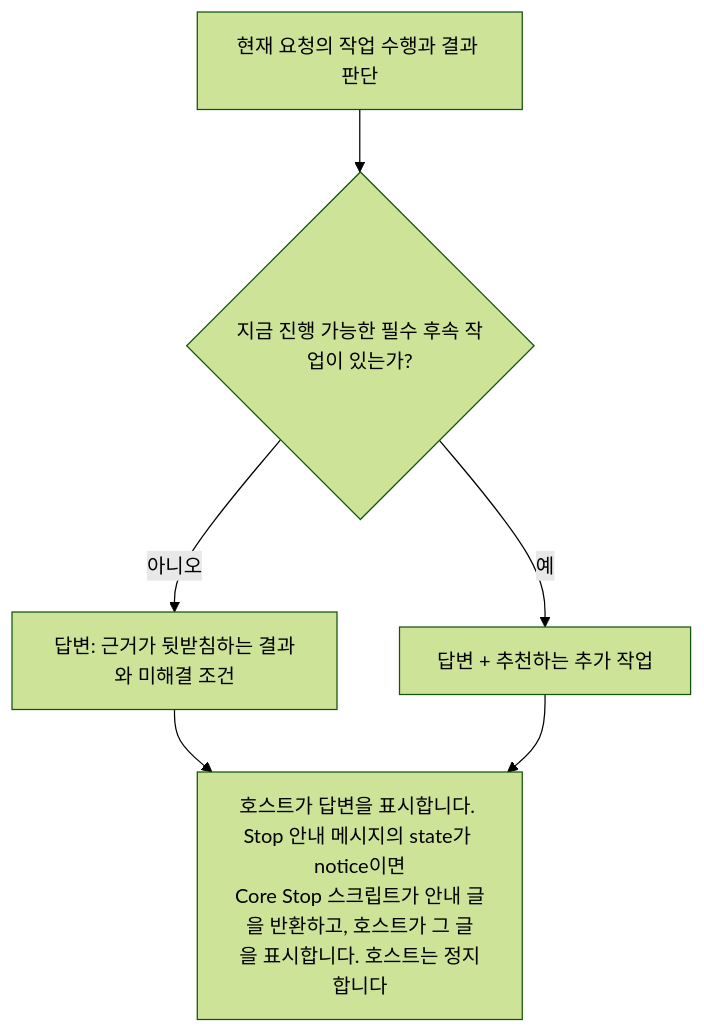
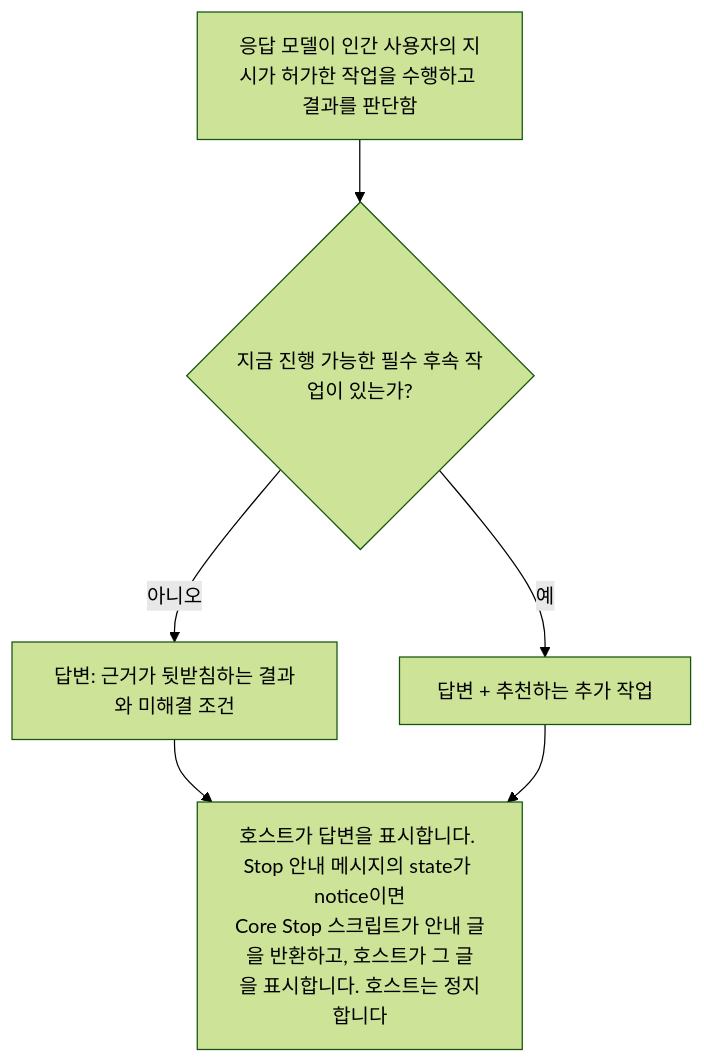
The fifth of 7 diagrams in architecture_ko.md (AidALL/ghost-alice), drawn with Mermaid (forest theme) before and after one commit. The commit also changed other lines of this file and 221 other files, not shown here.

````diff
--- a/architecture_ko.md
+++ b/architecture_ko.md
@@ -168,8 +168,8 @@
 ```mermaid
 flowchart TD
-  R["현재 요청의 작업 수행과 결과 판단"] --> N{"지금 진행 가능한 필수 후속 작업이 있는가?"}
+  R["응답 모델이 인간 사용자의 지시가 허가한 작업을 수행하고 결과를 판단함"] --> N{"지금 진행 가능한 필수 후속 작업이 있는가?"}
   N -->|아니오| A["답변: 근거가 뒷받침하는 결과와 미해결 조건"]
   N -->|예| B["답변 + 추천하는 추가 작업"]
   A --> D["호스트가 답변을 표시합니다. Stop 안내 메시지의 state가 notice이면<br/>Core Stop 스크립트가 안내 글을 반환하고, 호스트가 그 글을 표시합니다. 호스트는 정지합니다"]
   B --> D
 ```
````
